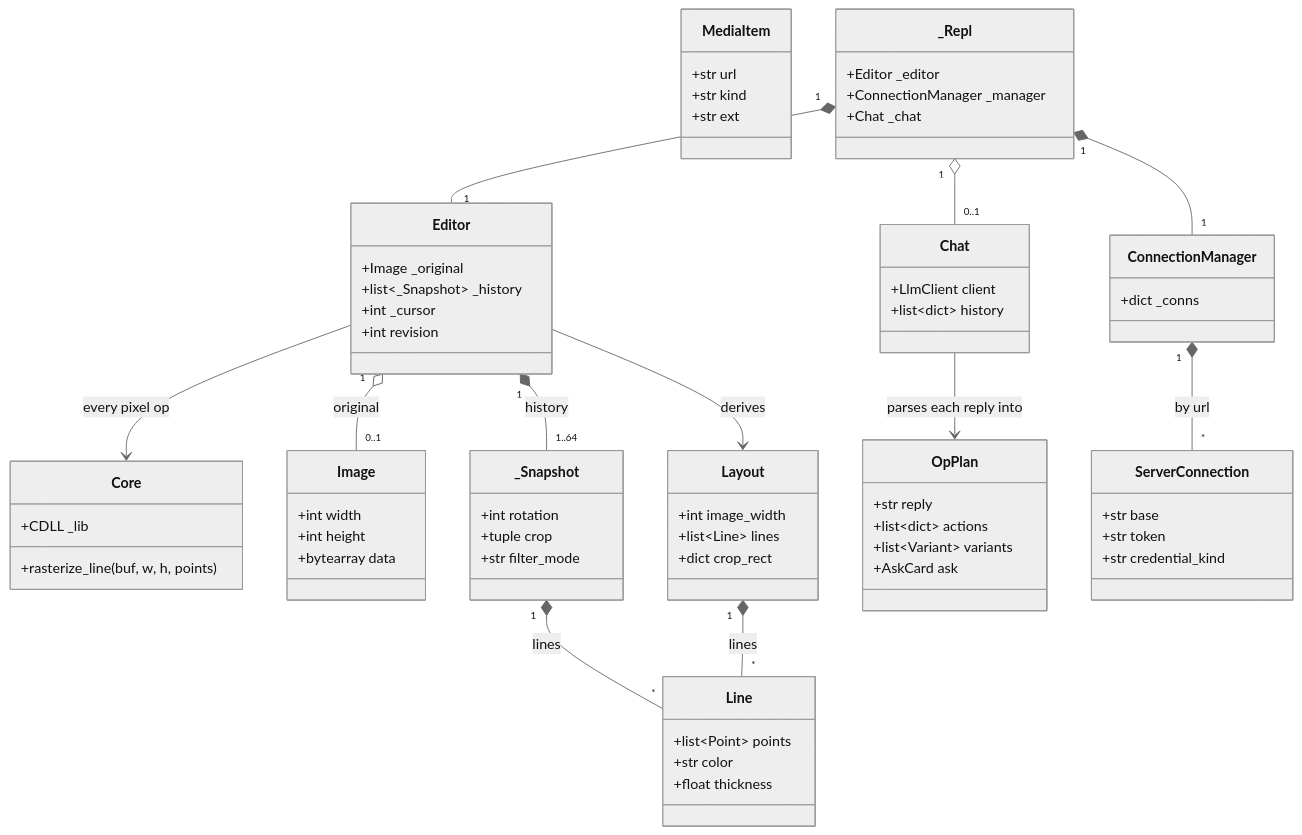
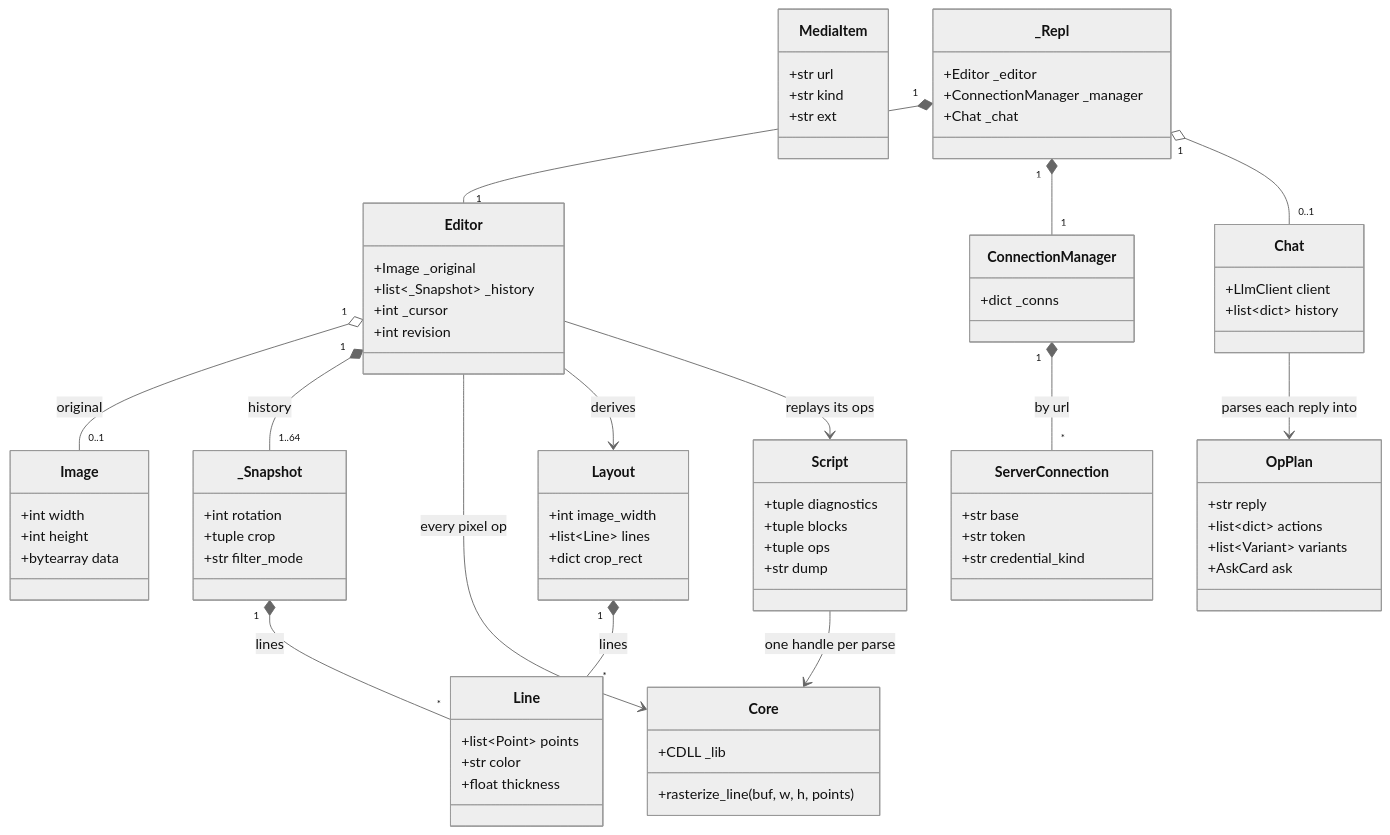
Before and after one commit to andrew1407/stencil: the second of 2 diagrams in pystencil/ARCHITECTURE.md, drawn with Mermaid (neutral theme). The commit also changed other lines of this file and 21 other files, not shown here.

````diff
--- a/pystencil/ARCHITECTURE.md
+++ b/pystencil/ARCHITECTURE.md
@@ -58,72 +59,80 @@
 ```mermaid
 classDiagram
     class Core {
       +CDLL _lib
       +rasterize_line(buf, w, h, points)
     }
     class Image {
       +int width
       +int height
       +bytearray data
     }
     class Layout {
       +int image_width
       +list~Line~ lines
       +dict crop_rect
     }
     class Line {
       +list~Point~ points
       +str color
       +float thickness
     }
     class Snapshot["_Snapshot"] {
       +int rotation
       +tuple crop
       +str filter_mode
     }
     class Editor {
       +Image _original
       +list~_Snapshot~ _history
       +int _cursor
       +int revision
     }
     class OpPlan {
       +str reply
       +list~dict~ actions
       +list~Variant~ variants
       +AskCard ask
     }
     class Chat {
       +LlmClient client
       +list~dict~ history
     }
     class ServerConnection {
       +str base
       +str token
       +str credential_kind
     }
     class ConnectionManager {
       +dict _conns
     }
     class MediaItem {
       +str url
       +str kind
       +str ext
     }
+    class Script {
+      +tuple diagnostics
+      +tuple blocks
+      +tuple ops
+      +str dump
+    }
     class Repl["_Repl"] {
       +Editor _editor
       +ConnectionManager _manager
       +Chat _chat
     }
     Editor "1" o-- "0..1" Image : original
     Editor "1" *-- "1..64" Snapshot : history
     Editor --> Core : every pixel op
     Editor --> Layout : derives
     Snapshot "1" *-- "*" Line : lines
     Layout "1" *-- "*" Line : lines
+    Script --> Core : one handle per parse
+    Editor --> Script : replays its ops
     Chat --> OpPlan : parses each reply into
     ConnectionManager "1" *-- "*" ServerConnection : by url
     Repl "1" *-- "1" Editor
     Repl "1" *-- "1" ConnectionManager
     Repl "1" o-- "0..1" Chat
 ```
````
